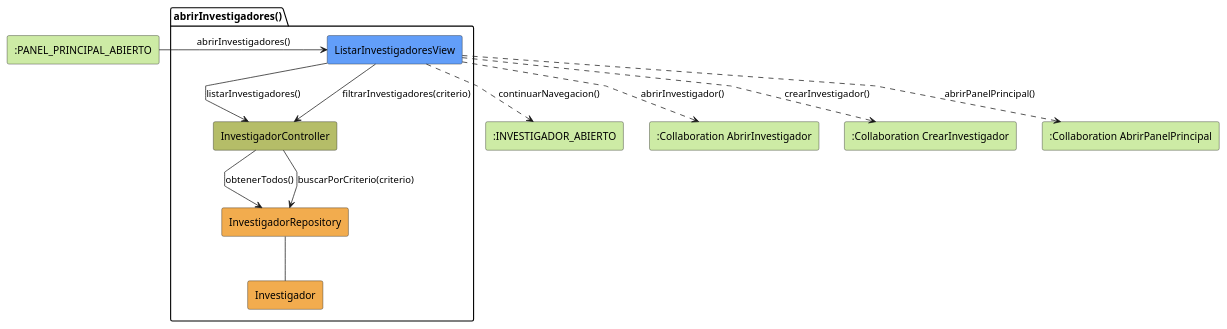
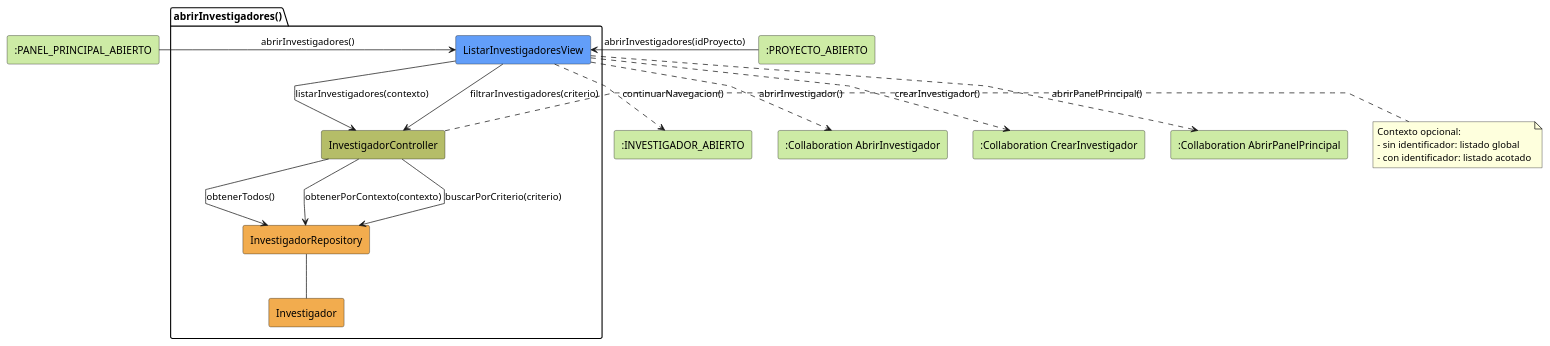
The diagram in RUP/01-analisis/casos-uso/coordinador/abrirInvestigadores/colaboracion.puml (beatriizorozco/25-26-idsw2-sdVC), drawn with PlantUML before and after one commit. The commit also changed 53 other files, not shown here.

Commit message:
feat: actualizo algunos diagramas de colaboración con la recomendación del profesor

```diff
--- a/RUP/01-analisis/casos-uso/coordinador/abrirInvestigadores/colaboracion.puml
+++ b/RUP/01-analisis/casos-uso/coordinador/abrirInvestigadores/colaboracion.puml
@@ -1,29 +1,37 @@
 @startuml abrirInvestigadores-analisis
 skinparam linetype polyline
 
-rectangle #CDEBA5 ":PANEL_PRINCIPAL_ABIERTO" as EstadoEntrada
+rectangle #CDEBA5 ":PANEL_PRINCIPAL_ABIERTO" as EstadoEntrada1
+rectangle #CDEBA5 ":PROYECTO_ABIERTO" as EstadoEntrada2
 package abrirInvestigadores as "abrirInvestigadores()" {
     rectangle #629EF9 ListarInvestigadoresView
     rectangle #b5bd68 InvestigadorController
     rectangle #F2AC4E InvestigadorRepository
     rectangle #F2AC4E Investigador
 }
 
 rectangle #CDEBA5 ":INVESTIGADOR_ABIERTO" as EstadoSalida
 rectangle #CDEBA5 ":Collaboration AbrirInvestigador" as AbrirInvestigador
 rectangle #CDEBA5 ":Collaboration CrearInvestigador" as CrearInvestigador
 rectangle #CDEBA5 ":Collaboration AbrirPanelPrincipal" as AbrirPanelPrincipal
 
-EstadoEntrada -r-> ListarInvestigadoresView: abrirInvestigadores()
+EstadoEntrada1 -r-> ListarInvestigadoresView: abrirInvestigadores()
+EstadoEntrada2 -r-> ListarInvestigadoresView: abrirInvestigadores(idProyecto)
 
-ListarInvestigadoresView -d-> InvestigadorController: listarInvestigadores()
+ListarInvestigadoresView -d-> InvestigadorController: listarInvestigadores(contexto)
 ListarInvestigadoresView --> InvestigadorController: filtrarInvestigadores(criterio)
 InvestigadorController --> InvestigadorRepository: obtenerTodos()
+InvestigadorController --> InvestigadorRepository: obtenerPorContexto(contexto)
 InvestigadorController --> InvestigadorRepository: buscarPorCriterio(criterio)
 InvestigadorRepository -- Investigador
+note right of InvestigadorController
+Contexto opcional:
+- sin identificador: listado global
+- con identificador: listado acotado
+end note
 ListarInvestigadoresView ..> EstadoSalida: continuarNavegacion()
 ListarInvestigadoresView ..> AbrirInvestigador: abrirInvestigador()
 ListarInvestigadoresView ..> CrearInvestigador: crearInvestigador()
 ListarInvestigadoresView ..> AbrirPanelPrincipal: abrirPanelPrincipal()
 
 @enduml
```
